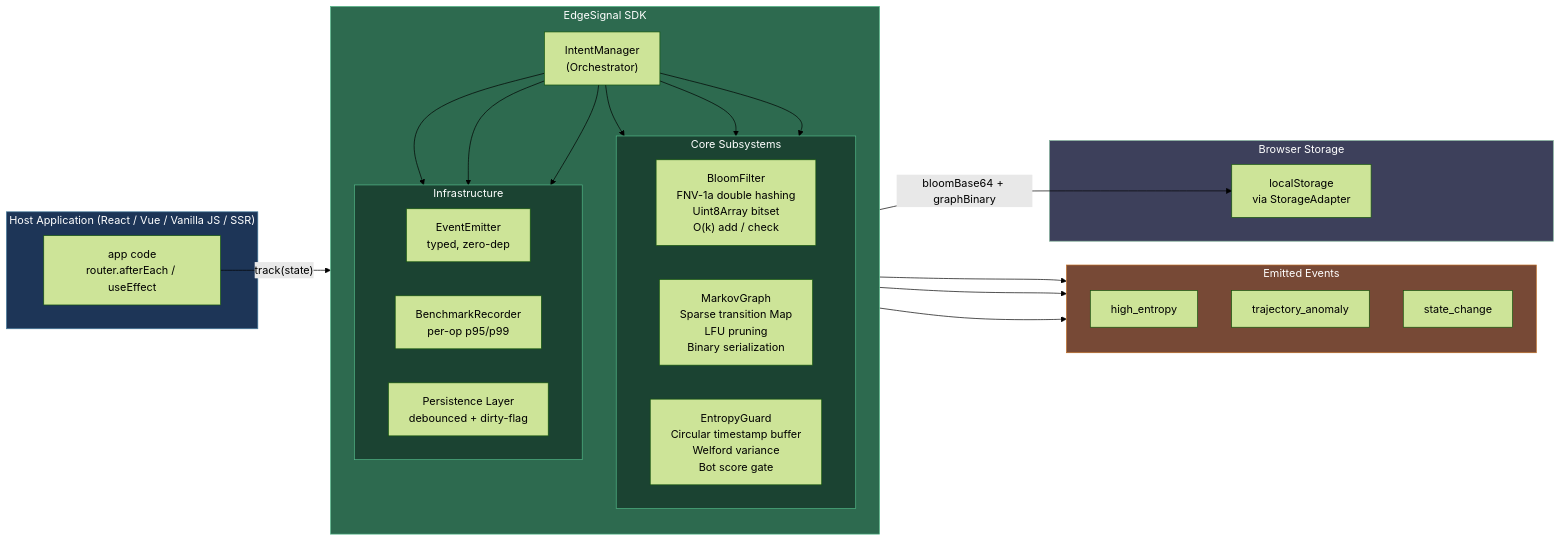
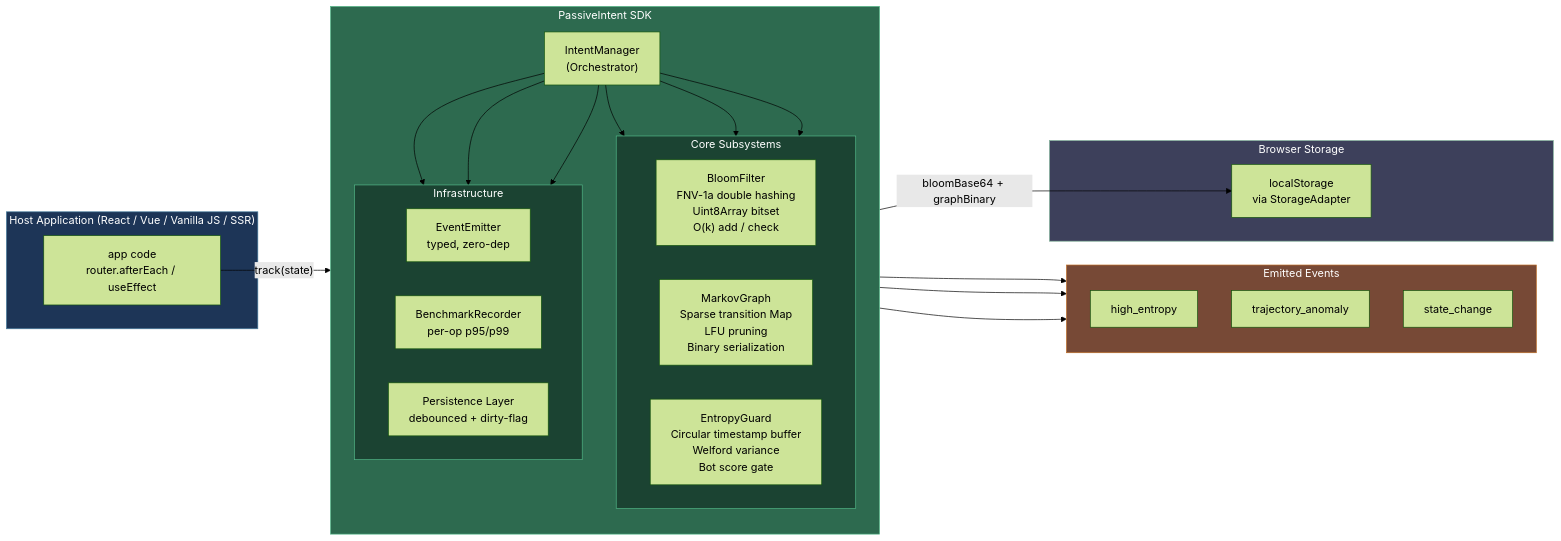
One commit to purushpsm147/PassiveIntent-Privacy-First-Intent-Engine changed the first of 4 diagrams in packages/core/docs/architecture.md. Above: the diagram before and after it, drawn with Mermaid (forest theme). The commit also changed other lines of this file and 32 other files, not shown here.

First line of the commit message:
Rename EdgeSignal → PassiveIntent across entire codebase (#42)

````diff
--- a/packages/core/docs/architecture.md
+++ b/packages/core/docs/architecture.md
@@ -1238,56 +1238,56 @@
 ```mermaid
 flowchart LR
     subgraph HOST["Host Application (React / Vue / Vanilla JS / SSR)"]
         APP["app code\nrouter.afterEach / useEffect"]
     end
 
-    subgraph SDK["EdgeSignal SDK"]
+    subgraph SDK["PassiveIntent SDK"]
         direction TB
         IM["IntentManager\n(Orchestrator)"]
 
         subgraph CORE["Core Subsystems"]
             direction LR
             BF["BloomFilter\nFNV-1a double hashing\nUint8Array bitset\nO(k) add / check"]
             MG["MarkovGraph\nSparse transition Map\nLFU pruning\nBinary serialization"]
             EG["EntropyGuard\nCircular timestamp buffer\nWelford variance\nBot score gate"]
         end
 
         subgraph INFRA["Infrastructure"]
             direction LR
             EE["EventEmitter\ntyped, zero-dep"]
             BR["BenchmarkRecorder\nper-op p95/p99"]
             PL["Persistence Layer\ndebounced + dirty-flag"]
         end
 
         IM --> BF
         IM --> MG
         IM --> EG
         IM --> EE
         IM --> BR
         IM --> PL
     end
 
     subgraph EVENTS["Emitted Events"]
         direction TB
         E1["high_entropy"]
         E2["trajectory_anomaly"]
         E3["state_change"]
     end
 
     subgraph STORE["Browser Storage"]
         LS["localStorage\nvia StorageAdapter"]
     end
 
     APP -- "track(state)" --> IM
     EE --> E1
     EE --> E2
     EE --> E3
     PL -- "bloomBase64 + graphBinary" --> LS
 
     style HOST fill:#1d3557,color:#fff,stroke:#457b9d
     style SDK fill:#2d6a4f,color:#fff,stroke:#52b788
     style CORE fill:#1b4332,color:#fff,stroke:#52b788
     style INFRA fill:#1b4332,color:#fff,stroke:#52b788
     style EVENTS fill:#774936,color:#fff,stroke:#bc6c25
     style STORE fill:#3d405b,color:#fff,stroke:#81b29a
 ```
````
